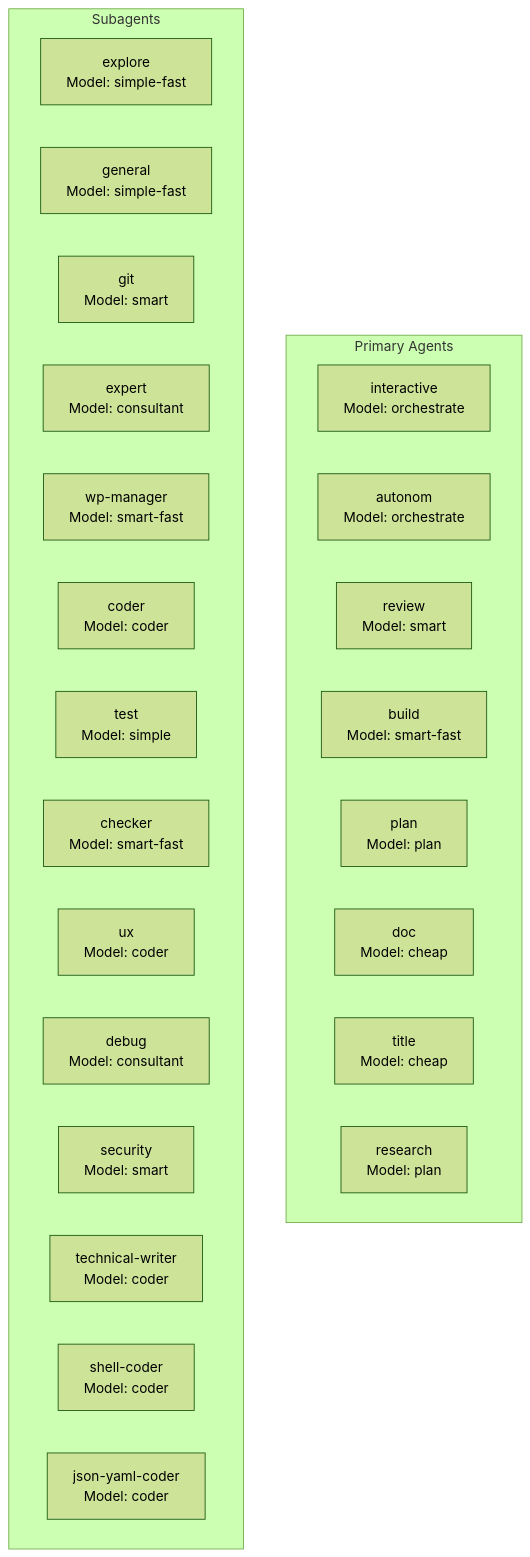
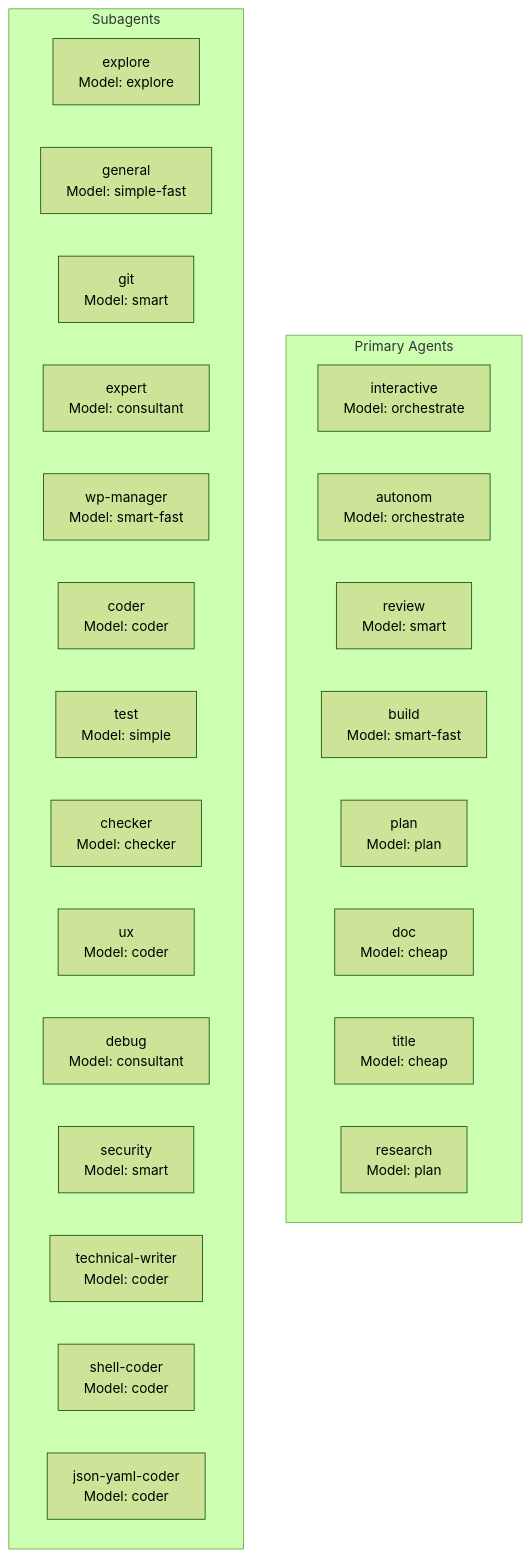
Before and after one commit to juliankahlert/opencode-config: the second of 8 diagrams in pages/src/absurd/overview.md, drawn with Mermaid (forest theme). The commit also changed other lines of this file and 17 other files, not shown here.

````diff
--- a/pages/src/absurd/overview.md
+++ b/pages/src/absurd/overview.md
@@ -46,32 +46,32 @@
 ```mermaid
 graph TD
     subgraph "Primary Agents"
         direction LR
         INT["interactive<br/>Model: orchestrate"]
         AUT["autonom<br/>Model: orchestrate"]
         REV["review<br/>Model: smart"]
         BLD["build<br/>Model: smart-fast"]
         PLN["plan<br/>Model: plan"]
         DOC["doc<br/>Model: cheap"]
         TTL["title<br/>Model: cheap"]
         RSH["research<br/>Model: plan"]
     end
 
     subgraph "Subagents"
         direction LR
-        EXP["explore<br/>Model: simple-fast"]
+        EXP["explore<br/>Model: explore"]
         GEN["general<br/>Model: simple-fast"]
         GIT["git<br/>Model: smart"]
         XPT["expert<br/>Model: consultant"]
         WPM["wp-manager<br/>Model: smart-fast"]
         COD["coder<br/>Model: coder"]
         TST["test<br/>Model: simple"]
-        CHK["checker<br/>Model: smart-fast"]
+        CHK["checker<br/>Model: checker"]
         UXD["ux<br/>Model: coder"]
         DBG["debug<br/>Model: consultant"]
         SEC["security<br/>Model: smart"]
         TWR["technical-writer<br/>Model: coder"]
         SHC["shell-coder<br/>Model: coder"]
         JYC["json-yaml-coder<br/>Model: coder"]
     end
 ```
````
